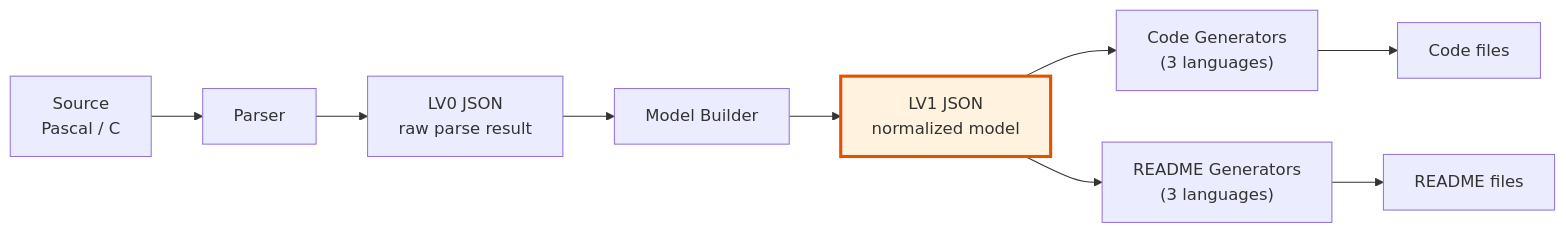
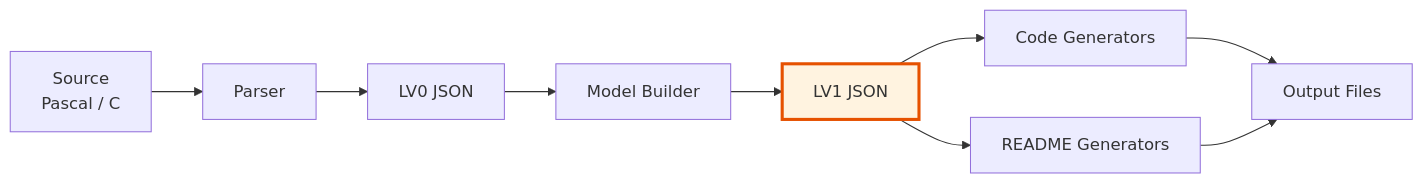
The third of 7 diagrams in src/pascal_c_to_mcp/code_decl_to_mcp_knowledge_base.md (PassByYou888/LingoFuse-Tools), drawn with Mermaid before and after one commit. The commit also changed other lines of this file and 35 other files, not shown here.

````diff
--- a/src/pascal_c_to_mcp/code_decl_to_mcp_knowledge_base.md
+++ b/src/pascal_c_to_mcp/code_decl_to_mcp_knowledge_base.md
@@ -373,13 +181,13 @@
 ```mermaid
 flowchart LR
     S0["Source<br/>Pascal / C"] --> P0["Parser"]
-    P0 --> S1["LV0 JSON<br/>raw parse result"]
-    S1 --> P1["Model Builder"]
-    P1 --> S2["LV1 JSON<br/>normalized model"]
-    S2 --> P2["Code Generators<br/>(3 languages)"]
-    S2 --> P3["README Generators<br/>(3 languages)"]
-    P2 --> OUT1["Code files"]
-    P3 --> OUT2["README files"]
+    P0 --> L0["LV0 JSON"]
+    L0 --> P1["Model Builder"]
+    P1 --> L1["LV1 JSON"]
+    L1 --> CG["Code Generators"]
+    L1 --> RG["README Generators"]
+    CG --> OF["Output Files"]
+    RG --> OF
 
-    style S2 fill:#fff3e0,stroke:#e65100,stroke-width:3px
+    style L1 fill:#fff3e0,stroke:#e65100,stroke-width:3px
 ```
````
